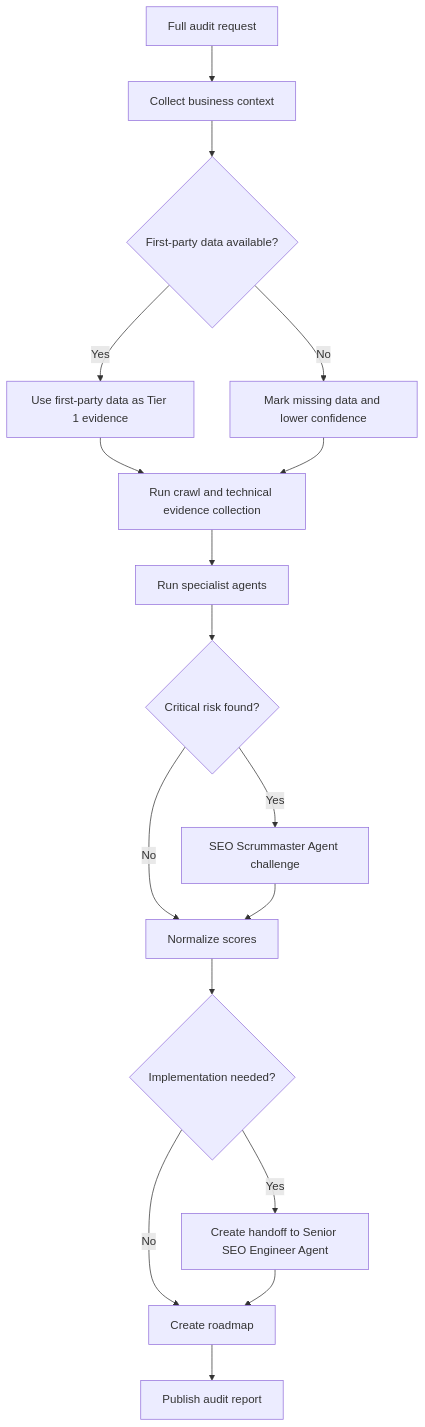
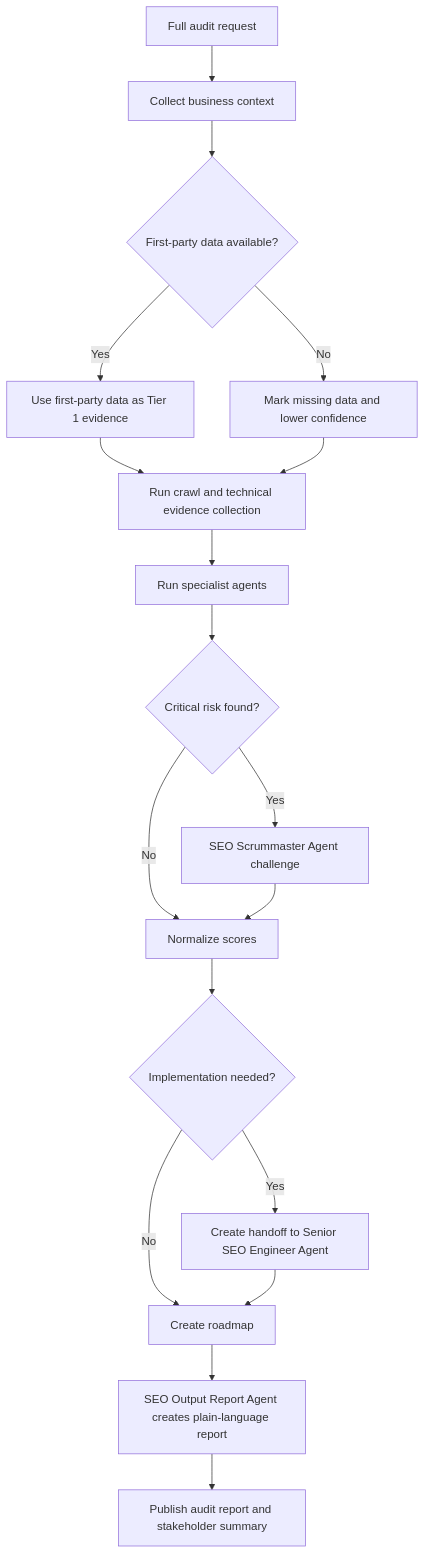
Before and after one commit to wfprieto/World-Class-SEO-Agent-System: the diagram in workflows/full-audit-workflow.md, drawn with Mermaid. The commit also changed other lines of this file and 13 other files, not shown here.

Commit message:
Add plain-language SEO output report agent

````diff
--- a/workflows/full-audit-workflow.md
+++ b/workflows/full-audit-workflow.md
@@ -31,19 +32,20 @@
 ```mermaid
 flowchart TD
   A["Full audit request"] --> B["Collect business context"]
   B --> C{"First-party data available?"}
   C -->|Yes| D["Use first-party data as Tier 1 evidence"]
   C -->|No| E["Mark missing data and lower confidence"]
   D --> F["Run crawl and technical evidence collection"]
   E --> F
   F --> G["Run specialist agents"]
   G --> H{"Critical risk found?"}
   H -->|Yes| I["SEO Scrummaster Agent challenge"]
   H -->|No| J["Normalize scores"]
   I --> J
   J --> K{"Implementation needed?"}
   K -->|Yes| L["Create handoff to Senior SEO Engineer Agent"]
   K -->|No| M["Create roadmap"]
   L --> M
-  M --> N["Publish audit report"]
+  M --> N["SEO Output Report Agent creates plain-language report"]
+  N --> O["Publish audit report and stakeholder summary"]
 ```
````
